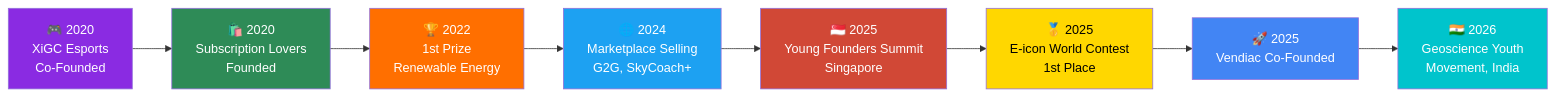
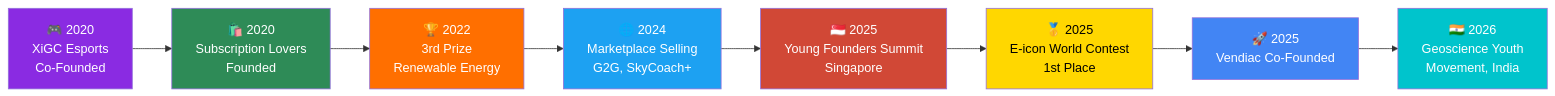
Before and after one commit to AwsafOnom/AwsafOnom: the diagram in README.md, drawn with Mermaid. The commit also changed other lines of this file, not shown here.

````diff
--- a/README.md
+++ b/README.md
@@ -210,19 +197,19 @@
 ```mermaid
 flowchart LR
     A["🎮 2020<br/>XiGC Esports<br/>Co-Founded"] --> B["🛍️ 2020<br/>Subscription Lovers<br/>Founded"]
-    B --> C["🏆 2022<br/>1st Prize<br/>Renewable Energy"]
+    B --> C["🏆 2022<br/>3rd Prize<br/>Renewable Energy"]
     C --> D["🌐 2024<br/>Marketplace Selling<br/>G2G, SkyCoach+"]
     D --> E["🇸🇬 2025<br/>Young Founders Summit<br/>Singapore"]
     E --> F["🥇 2025<br/>E-icon World Contest<br/>1st Place"]
     F --> G["🚀 2025<br/>Vendiac Co-Founded"]
     G --> H["🇮🇳 2026<br/>Geoscience Youth<br/>Movement, India"]
 
     style A fill:#8A2BE2,color:#fff
     style B fill:#2E8B57,color:#fff
     style C fill:#FF6F00,color:#fff
     style D fill:#1DA1F2,color:#fff
     style E fill:#D14836,color:#fff
     style F fill:#FFD700,color:#000
     style G fill:#4285F4,color:#fff
     style H fill:#00C4CC,color:#fff
 ```
````
